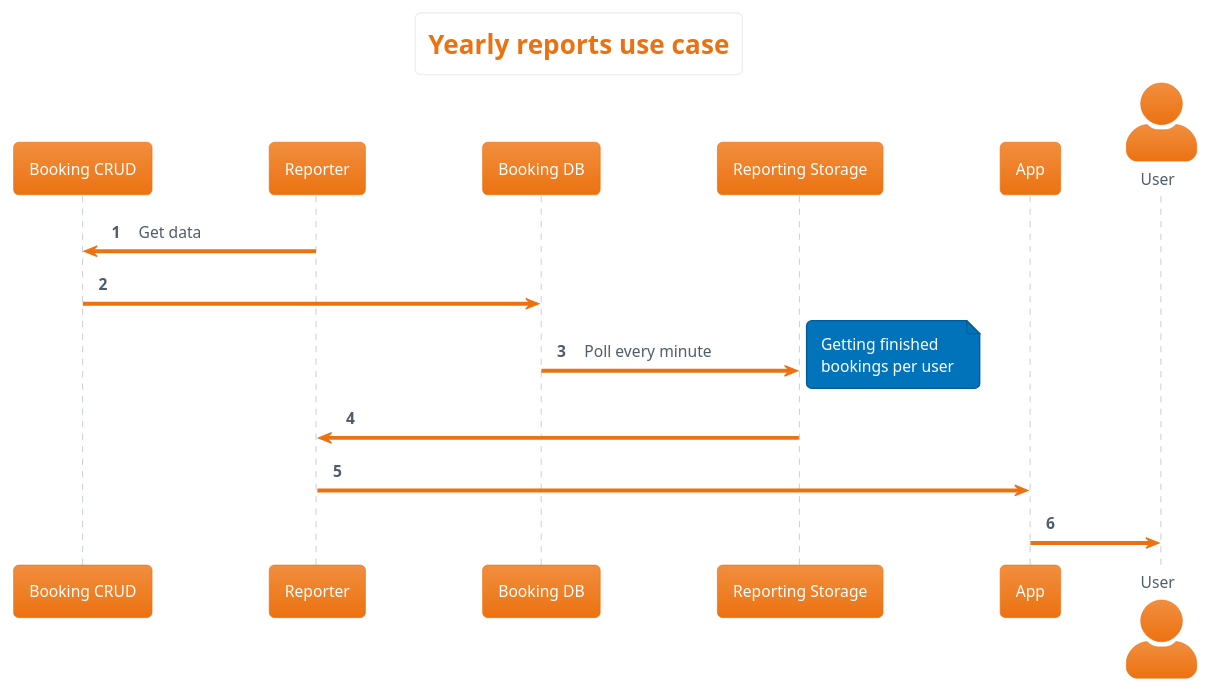
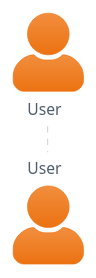
Before and after one commit to relic-da/ArchEnemies: the diagram in doc/use_cases/user_yearly_report.md, drawn with PlantUML. The commit also changed other lines of this file and 3 other files, not shown here.

````diff
--- a/doc/use_cases/user_yearly_report.md
+++ b/doc/use_cases/user_yearly_report.md
@@ -7,27 +8,30 @@
 ```plantuml
-title Yearly reports use case
+@startuml use_case_markdown_filename
 !theme aws-orange
+
 skinparam BackgroundColor white
 skinparam actorstyle awesome
 autonumber 1
 
-participant "Reporter" as reporter
-participant "Booking CRUD" as booking_crud
-participant "Reporter" as reporter
-participant "Booking DB" as booking_db
-participant "Reporting Storage" as reporting_storage
-participant "App" as app
 actor "User" as user
+'participant "Mail\npoller" as mail_poller
+'participant "Mail\nlistener" as mail_listener
+'participant "Mail\nfilterer" as mail_filterer
+'participant "Booking\ninterface" as booking_interface
+'participant "Booking\nstorage" as booking_storage
+'participant "Booking\ntracker" as booking_tracker
+'participant "Notifier" as notifier
+'participant "Agency\nconnector" agency_connector
+'participant "GDS\nconnector" as gds_connector
+'participant "Sharer" as sharer
+'participant "Social Media\nconnector" as social_connector
+'participant "Help\nGateway" as help_gateway
+'participant "Data\nExporter" as data_exporter
+'participant "Analytics\nGenerator" as analytics_generator
+'participant "Analytics\nStorage" as analytics_storage
+'participant "Analytics\nExporter" as analytics_exporter
+'participant "Web" as web
+'participant "App" as app
 
-reporter -> booking_crud: Get data
-booking_crud -> booking_db
-booking_db -> reporting_storage: Poll every minute
-note right
-Getting finished
-bookings per user
-end note
-reporting_storage -> reporter
-reporter -> app
-app -> user
-
+@enduml
 ```
````
